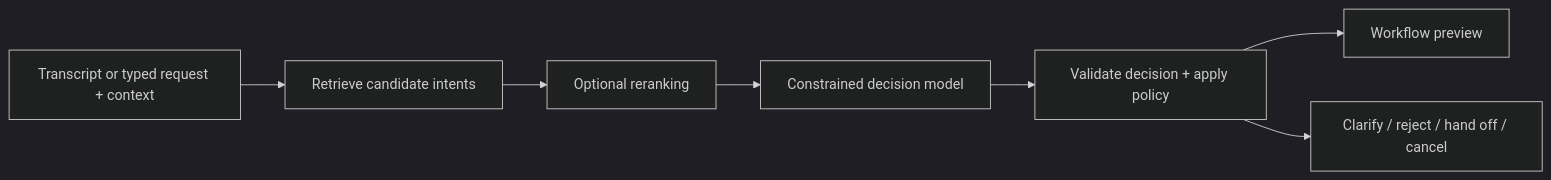
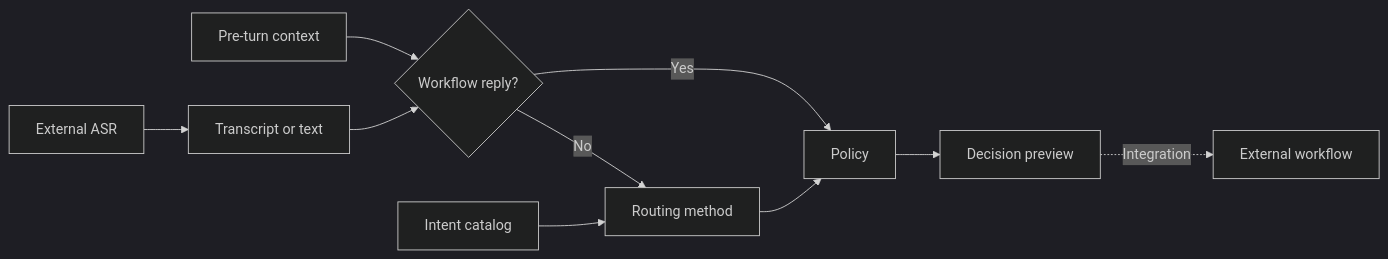
The first of 3 diagrams in README.md (czagnos/intent-bench), drawn with Mermaid (dark theme) before and after one commit. The commit also changed other lines of this file and 1 other file, not shown here.

Commit message:
docs: explain intent routing strategy and hybrid retrieval

````diff
--- a/README.md
+++ b/README.md
@@ -13,9 +15,12 @@
 ```mermaid
 flowchart LR
-    A[Transcript or typed request + context] --> B[Retrieve candidate intents]
-    B --> C[Optional reranking]
-    C --> D[Constrained decision model]
-    D --> E[Validate decision + apply policy]
-    E --> F[Workflow preview]
-    E --> G[Clarify / reject / hand off / cancel]
+    Speech[External ASR] --> Input[Transcript or text]
+    Context[Pre-turn context] --> Check{Workflow reply?}
+    Input --> Check
+    Check -->|Yes| Policy[Policy]
+    Check -->|No| Method[Routing method]
+    Catalog[Intent catalog] --> Method
+    Method --> Policy
+    Policy --> Output[Decision preview]
+    Output -. Integration .-> Business[External workflow]
 ```
````
